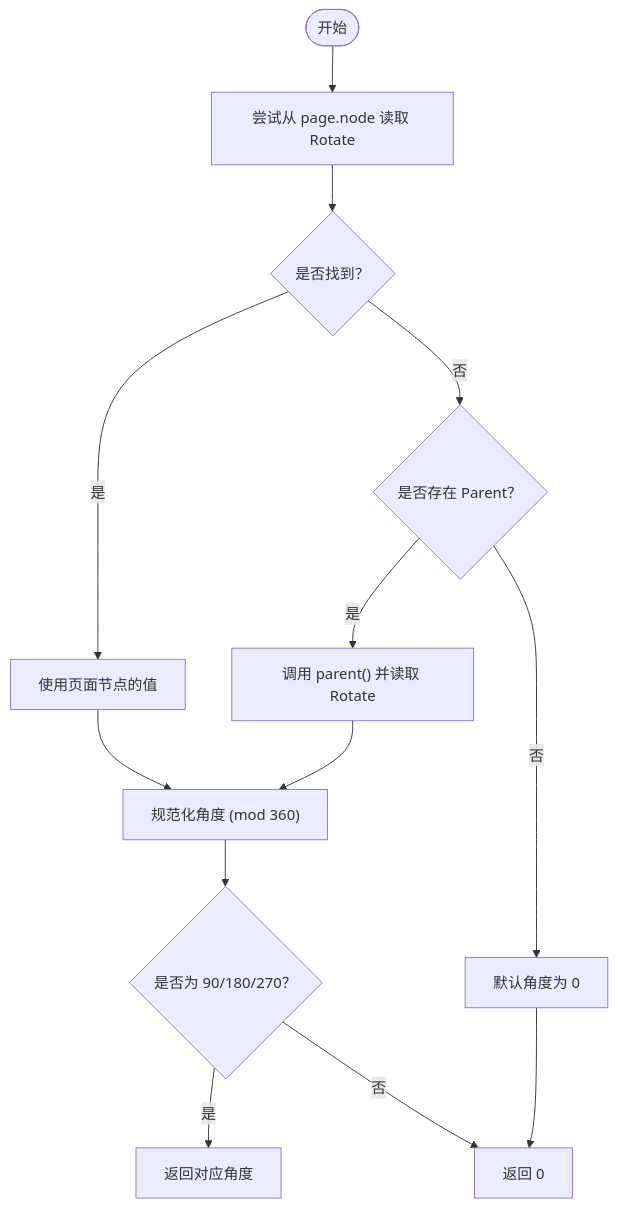
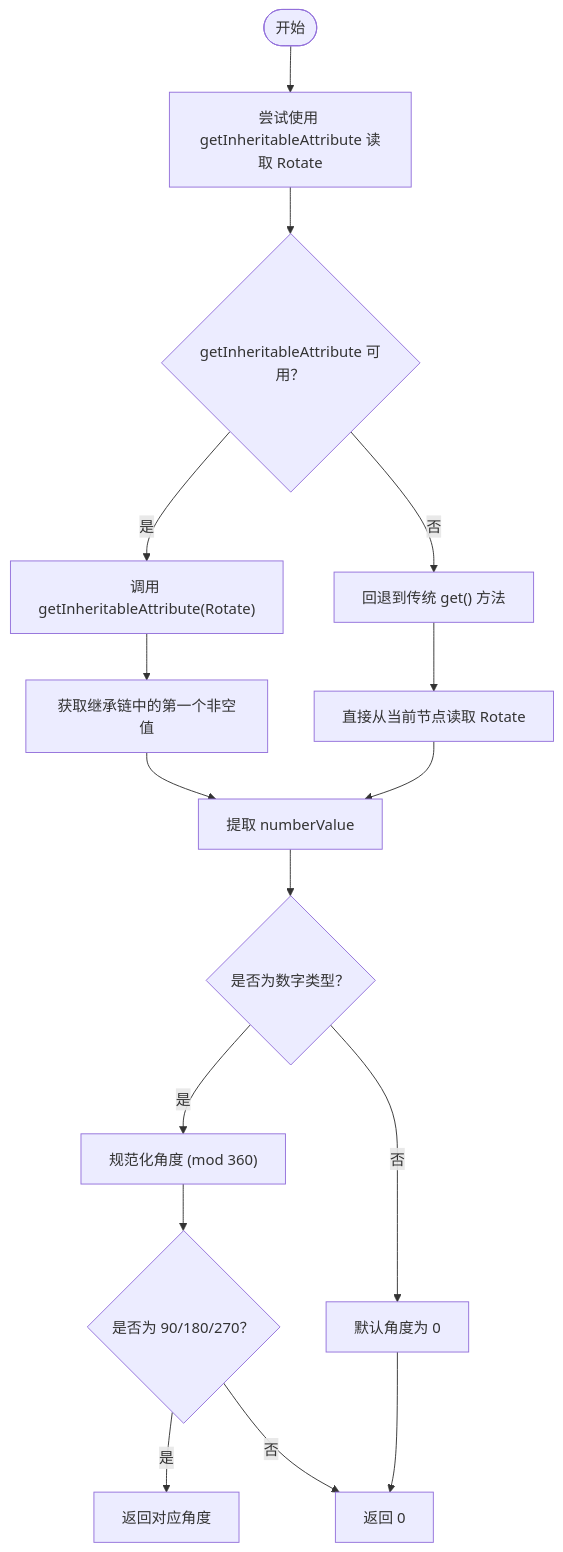
One commit to wzh8080/PDFTools changed the third of 8 diagrams in .qoder/repowiki/zh/content/PDF处理引擎/旋转校正算法.md. Above: the diagram before and after it, drawn with Mermaid. The commit also changed other lines of this file and 30 other files, not shown here.

````diff
--- a/.qoder/repowiki/zh/content/PDF处理引擎/旋转校正算法.md
+++ b/.qoder/repowiki/zh/content/PDF处理引擎/旋转校正算法.md
@@ -115,15 +140,18 @@
 ```mermaid
 flowchart TD
-Start(["开始"]) --> TryGet["尝试从 page.node 读取 Rotate"]
-TryGet --> Found{"是否找到？"}
-Found --> |是| UseNode["使用页面节点的值"]
-Found --> |否| CheckParent{"是否存在 Parent？"}
-CheckParent --> |是| GetParent["调用 parent() 并读取 Rotate"]
-CheckParent --> |否| DefaultZero["默认角度为 0"]
-GetParent --> Normalize["规范化角度 (mod 360)"]
-UseNode --> Normalize
+Start(["开始"]) --> TryGet["尝试使用 getInheritableAttribute 读取 Rotate"]
+TryGet --> CheckMethod{"getInheritableAttribute 可用？"}
+CheckMethod --> |是| InheritAttr["调用 getInheritableAttribute(Rotate)"]
+CheckMethod --> |否| Fallback["回退到传统 get() 方法"]
+InheritAttr --> GetResult["获取继承链中的第一个非空值"]
+Fallback --> DirectGet["直接从当前节点读取 Rotate"]
+GetResult --> ExtractValue["提取 numberValue"]
+DirectGet --> ExtractValue
+ExtractValue --> ValidType{"是否为数字类型？"}
+ValidType --> |是| Normalize["规范化角度 (mod 360)"]
+ValidType --> |否| DefaultZero["默认角度为 0"]
 Normalize --> ValidAngle{"是否为 90/180/270？"}
 ValidAngle --> |是| ReturnAngle["返回对应角度"]
 ValidAngle --> |否| ReturnZero["返回 0"]
 DefaultZero --> ReturnZero
 ```
````
